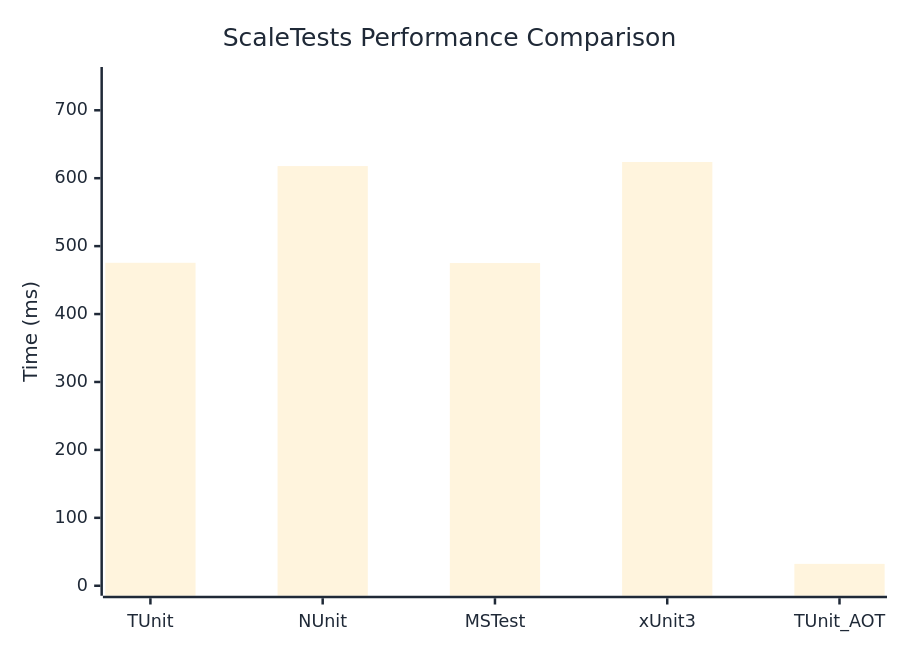
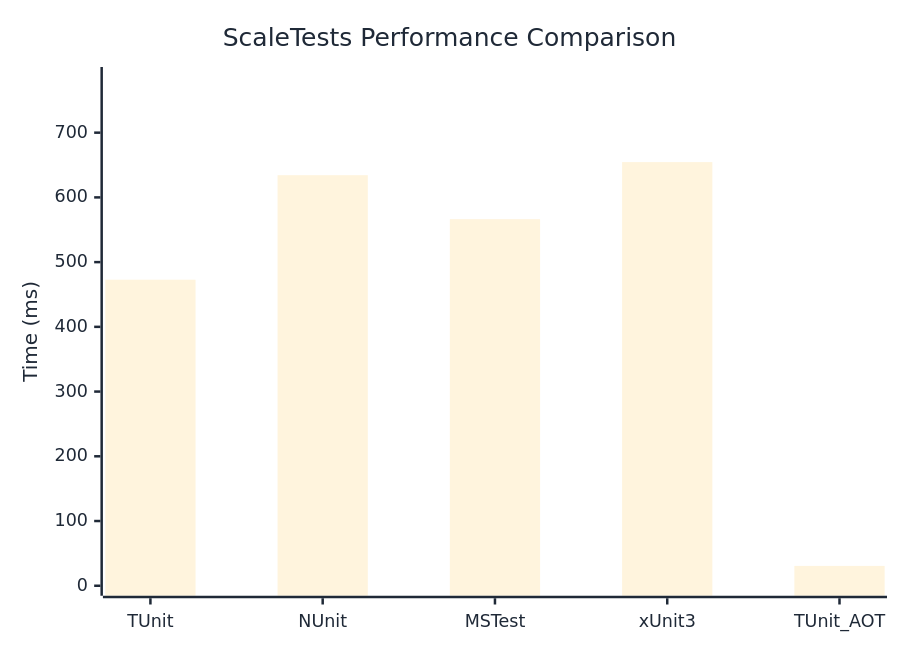
The diagram in docs/docs/benchmarks/ScaleTests.md (thomhurst/TUnit), drawn with Mermaid before and after one commit. The commit also changed other lines of this file and 17 other files, not shown here.

````diff
--- a/docs/docs/benchmarks/ScaleTests.md
+++ b/docs/docs/benchmarks/ScaleTests.md
@@ -27,37 +27,37 @@
 ```mermaid
 %%{init: {
   'theme':'base',
   'themeVariables': {
     'primaryColor': '#2563eb',
     'primaryTextColor': '#1f2937',
     'primaryBorderColor': '#1e40af',
     'lineColor': '#6b7280',
     'secondaryColor': '#7c3aed',
     'tertiaryColor': '#dc2626',
     'background': '#ffffff',
     'mainBkg': '#2563eb',
     'secondBkg': '#7c3aed',
     'tertiaryBkg': '#dc2626',
     'clusterBkg': '#f3f4f6',
     'edgeLabelBackground': '#ffffff',
     'tertiaryTextColor': '#1f2937',
     'pie1': '#2563eb',
     'pie2': '#7c3aed',
     'pie3': '#dc2626',
     'pie4': '#f59e0b',
     'pie5': '#10b981',
     'pie6': '#06b6d4',
     'pie7': '#ec4899',
     'pie8': '#6366f1',
     'pie9': '#84cc16',
     'pie10': '#f97316',
     'pie11': '#14b8a6',
     'pie12': '#a855f7'
   }
 }}%%
 xychart-beta
   title "ScaleTests Performance Comparison"
   x-axis ["TUnit", "NUnit", "MSTest", "xUnit3", "TUnit_AOT"]
-  y-axis "Time (ms)" 0 --> 749
-  bar [475.49, 617.86, 475.09, 623.88, 32.19]
+  y-axis "Time (ms)" 0 --> 786
+  bar [472.82, 634.31, 566.38, 654.53, 30.65]
 ```
````
